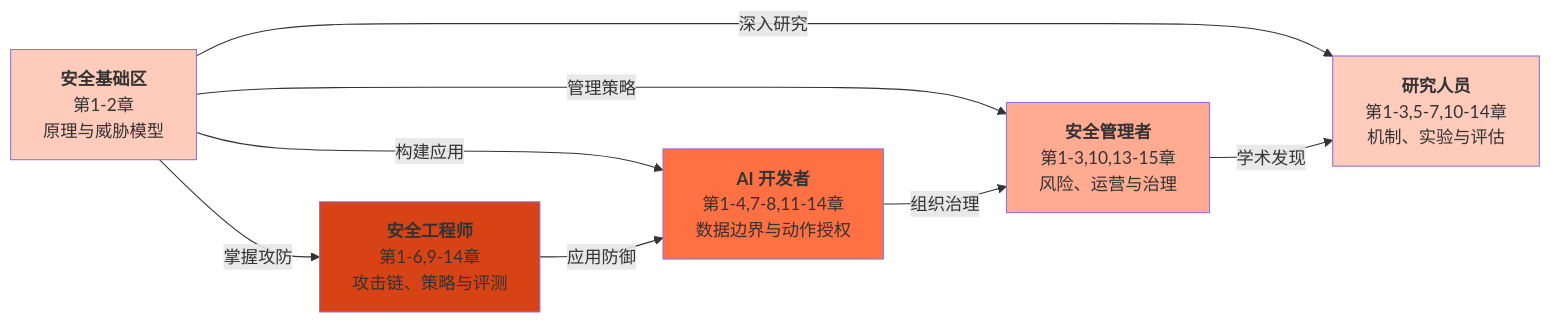
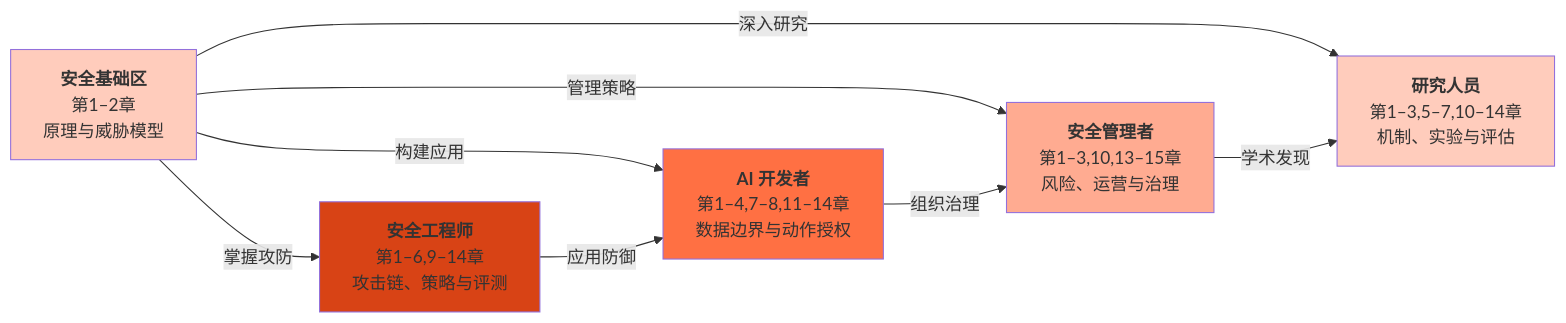
One commit to yeasy/ai_security_guide changed the diagram in README.md. Above: the diagram before and after it, drawn with Mermaid. The commit also changed other lines of this file, not shown here.

````diff
--- a/README.md
+++ b/README.md
@@ -98,16 +108,16 @@
 ```mermaid
 graph LR
-    A["<b>安全基础区</b><br/>第1-2章<br/>原理与威胁模型"] -->|掌握攻防| B["<b>安全工程师</b><br/>第1-6,9-14章<br/>攻击链、策略与评测"]
-    A -->|构建应用| C["<b>AI 开发者</b><br/>第1-4,7-8,11-14章<br/>数据边界与动作授权"]
-    A -->|管理策略| D["<b>安全管理者</b><br/>第1-3,10,13-15章<br/>风险、运营与治理"]
-    A -->|深入研究| E["<b>研究人员</b><br/>第1-3,5-7,10-14章<br/>机制、实验与评估"]
+    A["<b>安全基础区</b><br/>第1–2章<br/>原理与威胁模型"] -->|掌握攻防| B["<b>安全工程师</b><br/>第1–6,9–14章<br/>攻击链、策略与评测"]
+    A -->|构建应用| C["<b>AI 开发者</b><br/>第1–4,7–8,11–14章<br/>数据边界与动作授权"]
+    A -->|管理策略| D["<b>安全管理者</b><br/>第1–3,10,13–15章<br/>风险、运营与治理"]
+    A -->|深入研究| E["<b>研究人员</b><br/>第1–3,5–7,10–14章<br/>机制、实验与评估"]
     B -->|应用防御| C
     C -->|组织治理| D
     D -->|学术发现| E
 
     style A fill:#ffccbc
     style B fill:#d84315
     style C fill:#ff7043
     style D fill:#ffab91
     style E fill:#ffccbc
 ```
````
